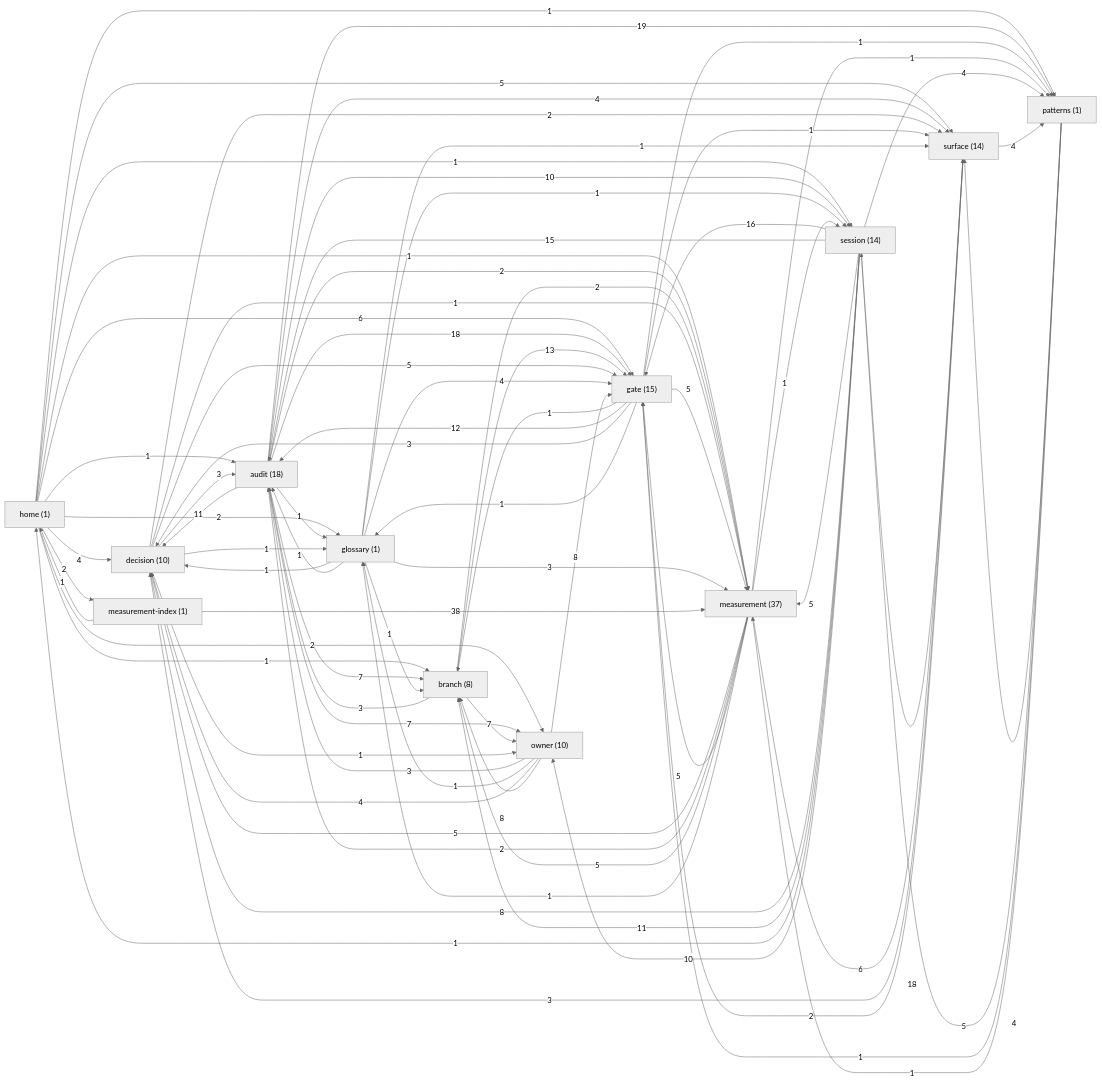
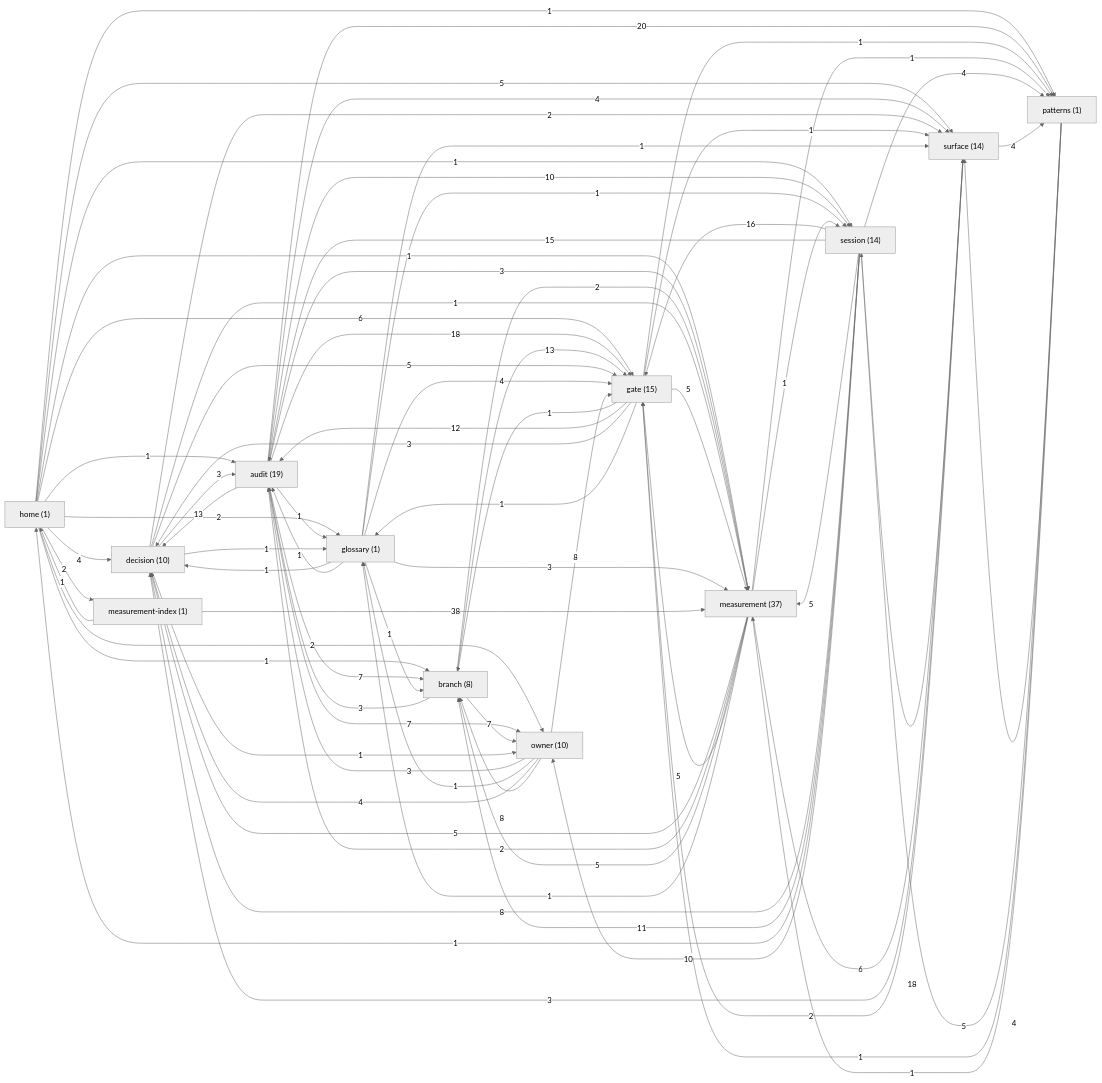
The diagram in docs/brain/GRAPH.md (sergey9519546/STORYMACHINE), drawn with Mermaid (neutral theme) before and after one commit. The commit also changed other lines of this file and 3 other files, not shown here.

````diff
--- a/docs/brain/GRAPH.md
+++ b/docs/brain/GRAPH.md
@@ -9,7 +9,7 @@
 ```mermaid
 graph LR
   home["home (1)"]
-  audit["audit (18)"]
+  audit["audit (19)"]
   branch["branch (8)"]
   decision["decision (10)"]
   gate["gate (15)"]
@@ -35,11 +35,11 @@
   audit -->|10| session
   audit -->|7| branch
   audit -->|18| gate
-  audit -->|11| decision
-  audit -->|19| patterns
+  audit -->|13| decision
+  audit -->|20| patterns
   audit -->|7| owner
   audit -->|4| surface
-  audit -->|2| measurement
+  audit -->|3| measurement
   branch -->|3| audit
   branch -->|7| owner
   branch -->|13| gate
````
